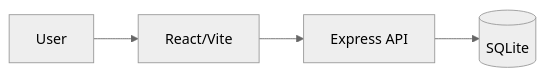
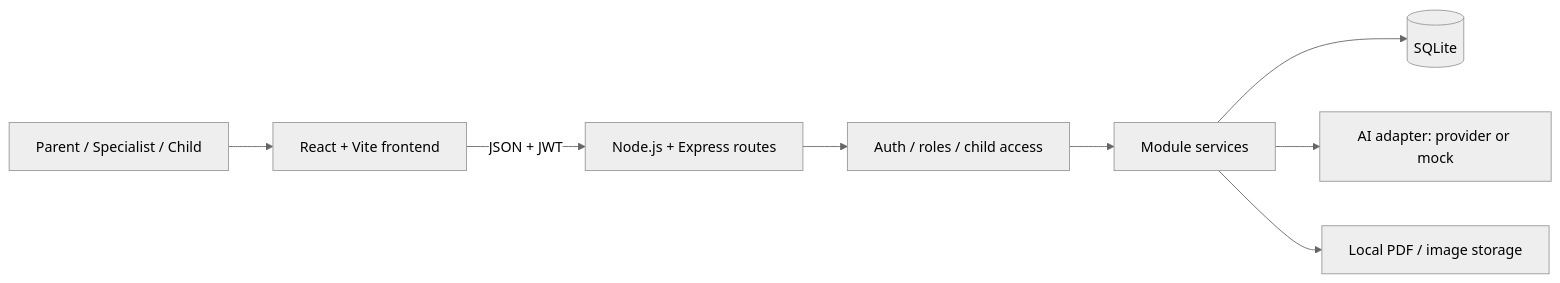
Before and after one commit to dermandilara/SENG-383-PROJECT: the first of 6 diagrams in docs/SDD.md, drawn with Mermaid (neutral theme). The commit also changed other lines of this file, not shown here.

Commit message:
SCRUM-25 Complete SDD architecture data model API and sequence diagrams

````diff
--- a/docs/SDD.md
+++ b/docs/SDD.md
@@ -10,6 +14,10 @@
 ```mermaid
 flowchart LR
-  User --> React[React/Vite]
-  React --> Express[Express API]
-  Express --> SQLite[(SQLite)]
+    U[Parent / Specialist / Child] --> UI[React + Vite frontend]
+    UI -->|JSON + JWT| API[Node.js + Express routes]
+    API --> AUTH[Auth / roles / child access]
+    AUTH --> SERVICE[Module services]
+    SERVICE --> DB[(SQLite)]
+    SERVICE --> AI[AI adapter: provider or mock]
+    SERVICE --> FS[Local PDF / image storage]
 ```
````
